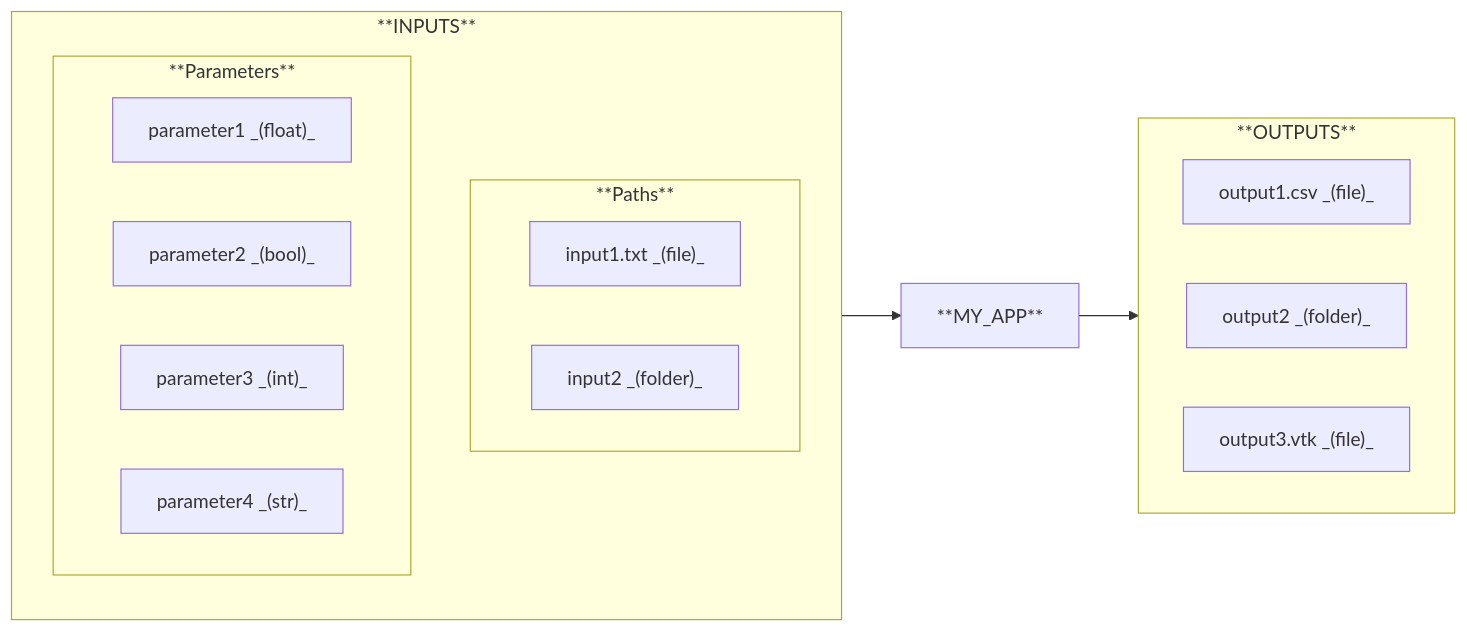
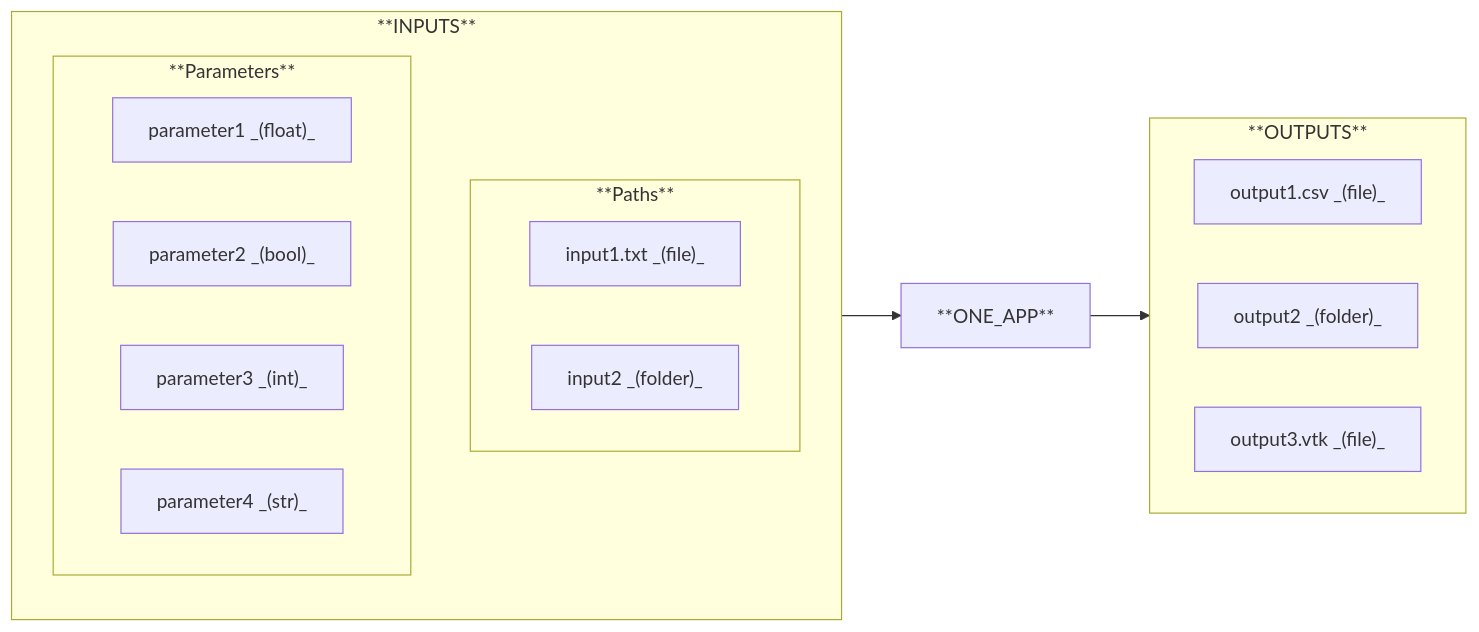
One commit to nuremics/nuremics changed diagram 12 of 17 in README.md. Above: the diagram before and after it, drawn with Mermaid. The commit also changed other lines of this file, not shown here.

````diff
--- a/README.md
+++ b/README.md
@@ -349,30 +349,30 @@
 ```mermaid
 flowchart LR
   subgraph **INPUTS**
     direction TB
 
     subgraph **Paths**
       direction LR
       path1["input1.txt _(file)_"]
       path2["input2 _(folder)_"]
     end
 
     subgraph **Parameters**
       direction LR
       param1["parameter1 _(float)_"]
       param2["parameter2 _(bool)_"]
       param3["parameter3 _(int)_"]
       param4["parameter4 _(str)_"]
     end
   end
 
   subgraph **OUTPUTS**
     direction RL
     out1["output1.csv _(file)_"]
     out2["output2 _(folder)_"]
     out3["output3.vtk _(file)_"]
   end
 
-  **INPUTS** --> MY_APP["**MY_APP**"]
-  MY_APP --> **OUTPUTS**
+  **INPUTS** --> ONE_APP["**ONE_APP**"]
+  ONE_APP --> **OUTPUTS**
 ```
````
